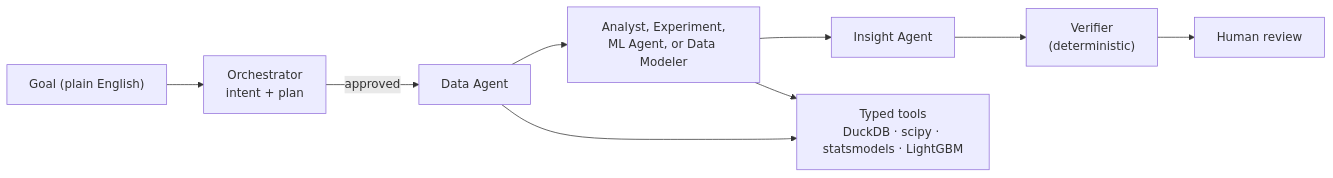
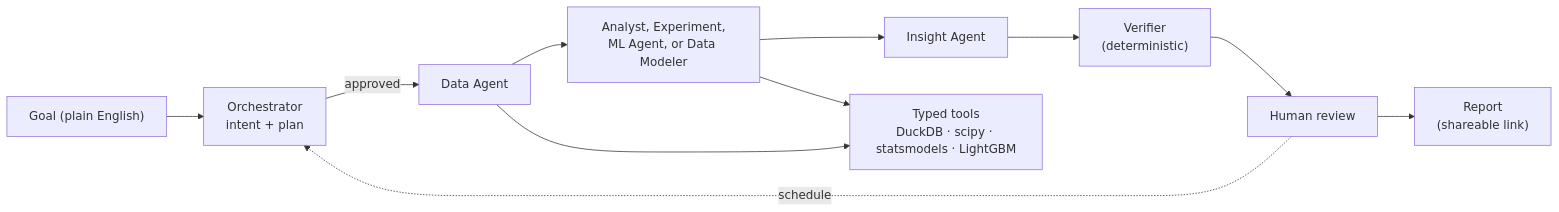
Before and after one commit to SweetVege/inferra: the diagram in README.md, drawn with Mermaid. The commit also changed other lines of this file and 42 other files, not shown here.

````diff
--- a/README.md
+++ b/README.md
@@ -15,7 +16,8 @@
 ```mermaid
 flowchart LR
   G["Goal (plain English)"] --> O["Orchestrator<br/>intent + plan"]
   O -->|approved| D["Data Agent"] --> S["Analyst, Experiment,<br/>ML Agent, or Data Modeler"] --> I["Insight Agent"]
   D & S --> T["Typed tools<br/>DuckDB · scipy · statsmodels · LightGBM"]
-  I --> V["Verifier<br/>(deterministic)"] --> R["Human review"]
+  I --> V["Verifier<br/>(deterministic)"] --> R["Human review"] --> P["Report<br/>(shareable link)"]
+  R -. schedule .-> O
 ```
````
